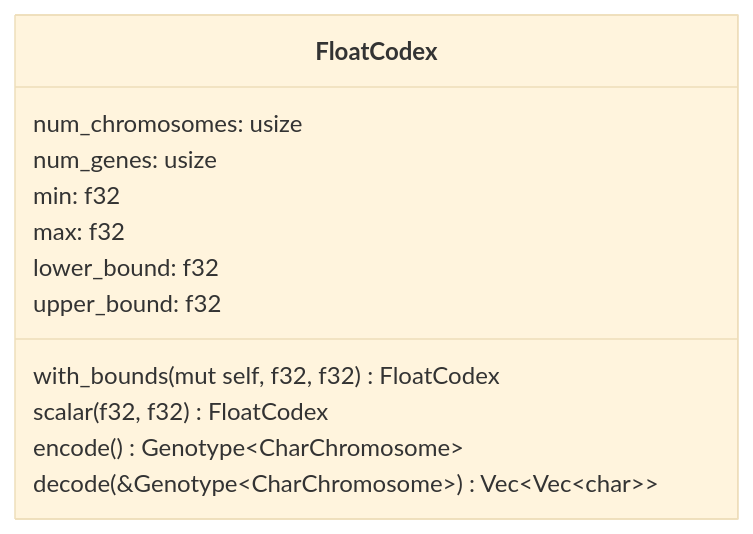
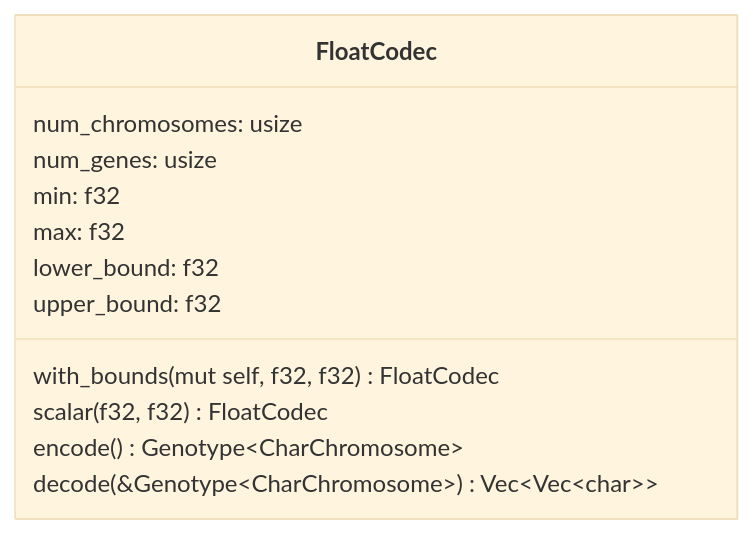
One commit to pkalivas/radiate changed the third of 6 diagrams in docs/source/codex.md. Above: the diagram before and after it, drawn with Mermaid (base theme). The commit also changed other lines of this file and 58 other files, not shown here.

````diff
--- a/docs/source/codex.md
+++ b/docs/source/codex.md
@@ -82,16 +75,16 @@
         ```mermaid
         classDiagram
-            class FloatCodex {
+            class FloatCodec {
                 num_chromosomes: usize
                 num_genes: usize
                 min: f32
                 max: f32
                 lower_bound: f32
                 upper_bound: f32
                 
-                with_bounds(mut self, f32, f32) FloatCodex
-                scalar(f32, f32) FloatCodex
+                with_bounds(mut self, f32, f32) FloatCodec
+                scalar(f32, f32) FloatCodec
                 encode() Genotype~CharChromosome~
                 decode(&Genotype~CharChromosome~) Vec~Vec~char~~
             }
         ```
````
